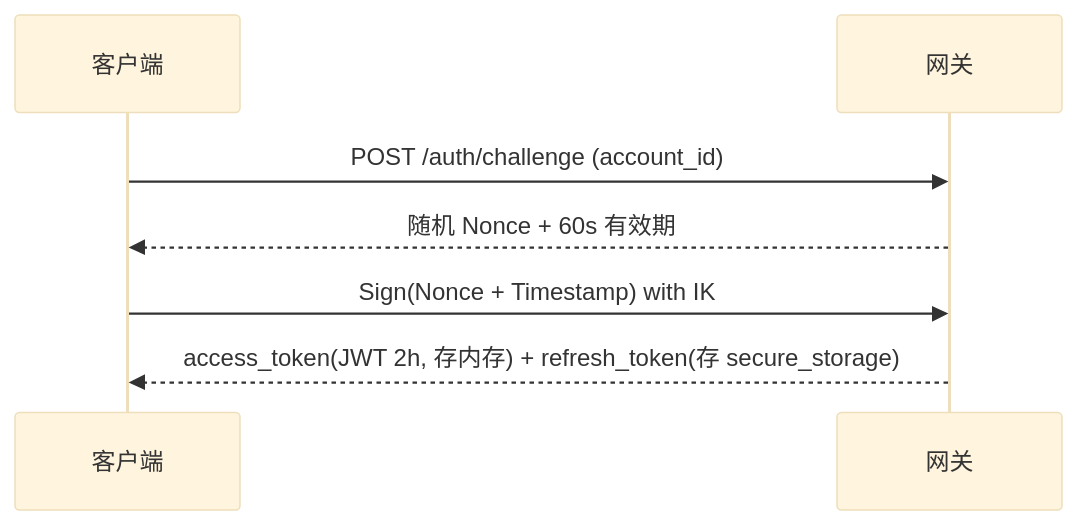
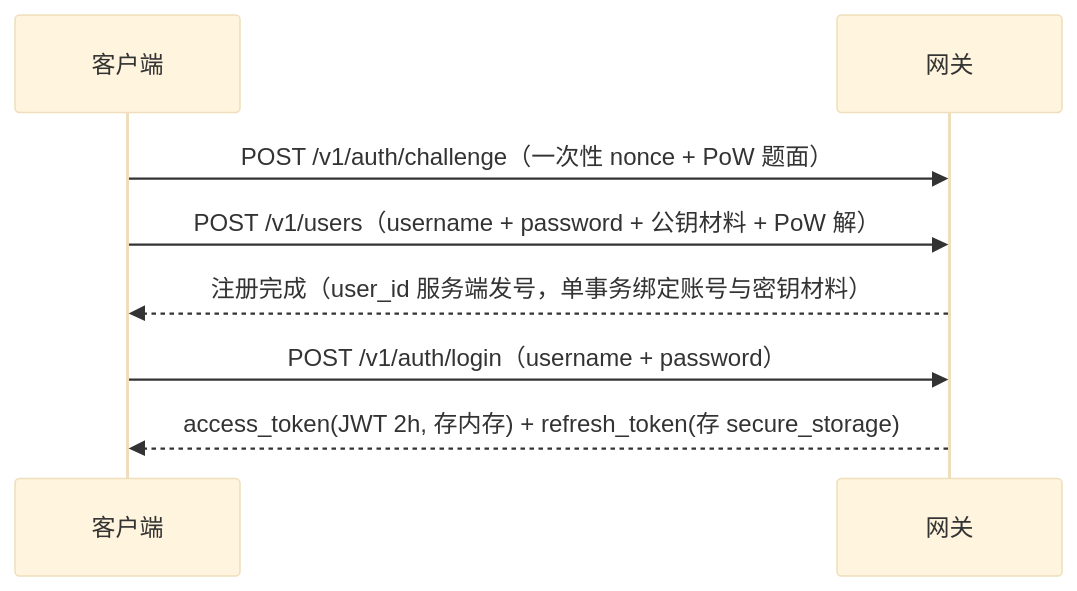
One commit to loveheng/goodtime changed the third of 10 diagrams in docs/design/collab-schedule-draft.md. Above: the diagram before and after it, drawn with Mermaid (base theme). The commit also changed other lines of this file and 21 other files, not shown here.

````diff
--- a/docs/design/collab-schedule-draft.md
+++ b/docs/design/collab-schedule-draft.md
@@ -110,9 +111,10 @@
 ```mermaid
 sequenceDiagram
     participant C as 客户端
     participant G as 网关
-    C->>G: POST /auth/challenge (account_id)
-    G-->>C: 随机 Nonce + 60s 有效期
-    C->>G: Sign(Nonce + Timestamp) with IK
+    C->>G: POST /v1/auth/challenge（一次性 nonce + PoW 题面）
+    C->>G: POST /v1/users（username + password + 公钥材料 + PoW 解）
+    G-->>C: 注册完成（user_id 服务端发号，单事务绑定账号与密钥材料）
+    C->>G: POST /v1/auth/login（username + password）
     G-->>C: access_token(JWT 2h, 存内存) + refresh_token(存 secure_storage)
 ```
````
